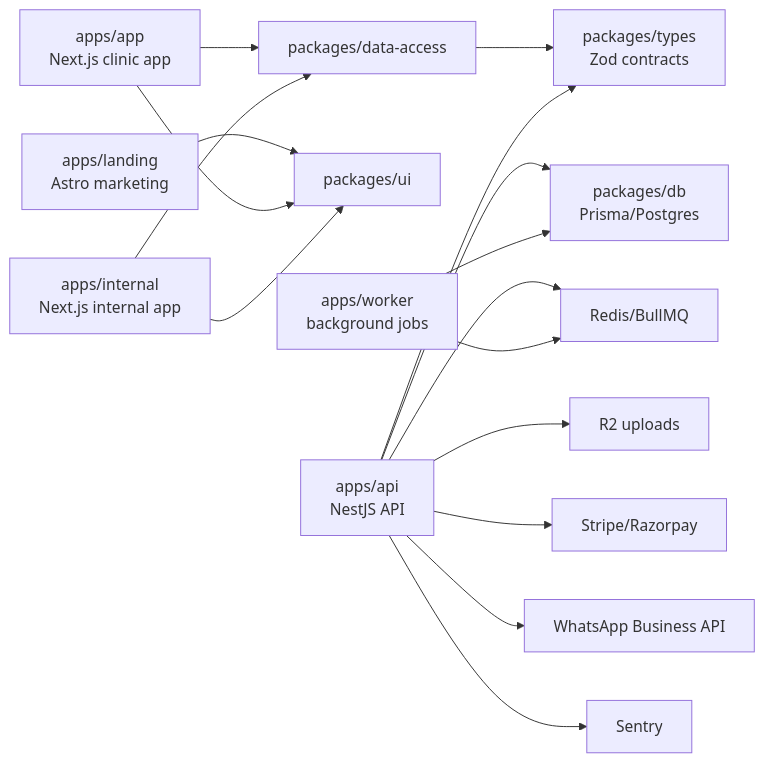
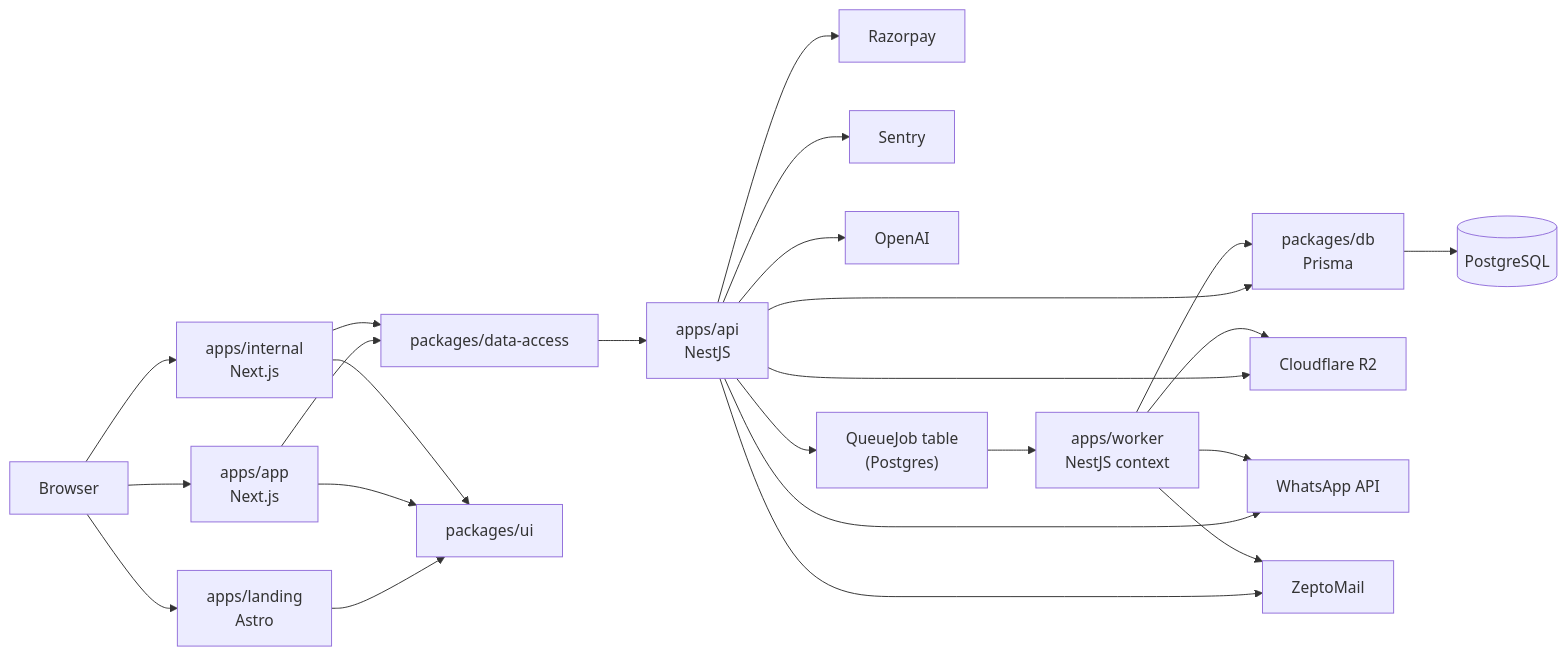
Before and after one commit to CVamsi27/docita: the diagram in docs/ARCHITECTURE.md, drawn with Mermaid. The commit also changed other lines of this file and 10 other files, not shown here.

First line of the commit message:
docs: add ONBOARDING, ARCHITECTURE docs; write all per-package READMEs (WS-8/WS-15)

````diff
--- a/docs/ARCHITECTURE.md
+++ b/docs/ARCHITECTURE.md
@@ -5,18 +11,14 @@
 ```mermaid
 flowchart LR
-  app["apps/app\nNext.js clinic app"] --> data["packages/data-access"]
-  internal["apps/internal\nNext.js internal app"] --> data
-  landing["apps/landing\nAstro marketing"] --> ui["packages/ui"]
-  data --> types["packages/types\nZod contracts"]
-  app --> ui
-  internal --> ui
-  api["apps/api\nNestJS API"] --> types
-  api --> db["packages/db\nPrisma/Postgres"]
-  worker["apps/worker\nbackground jobs"] --> db
-  api --> redis["Redis/BullMQ"]
-  worker --> redis
-  api --> r2["R2 uploads"]
-  api --> payments["Stripe/Razorpay"]
-  api --> whatsapp["WhatsApp Business API"]
-  api --> sentry["Sentry"]
+  Browser --> AppNext["apps/app\nNext.js"] & Internal["apps/internal\nNext.js"] & Landing["apps/landing\nAstro"]
+  AppNext & Internal --> DA["packages/data-access"] --> API["apps/api\nNestJS"]
+  Landing --> UI["packages/ui"]
+  AppNext & Internal --> UI
+
+  API --> DB["packages/db\nPrisma"] --> PG[("PostgreSQL")]
+  API --> R2["Cloudflare R2"]
+  API --> Razorpay & WhatsApp["WhatsApp API"] & ZeptoMail & Sentry & OpenAI
+  API --> JobQueue["QueueJob table\n(Postgres)"]
+  JobQueue --> Worker["apps/worker\nNestJS context"]
+  Worker --> DB & R2 & WhatsApp & ZeptoMail
 ```
````
